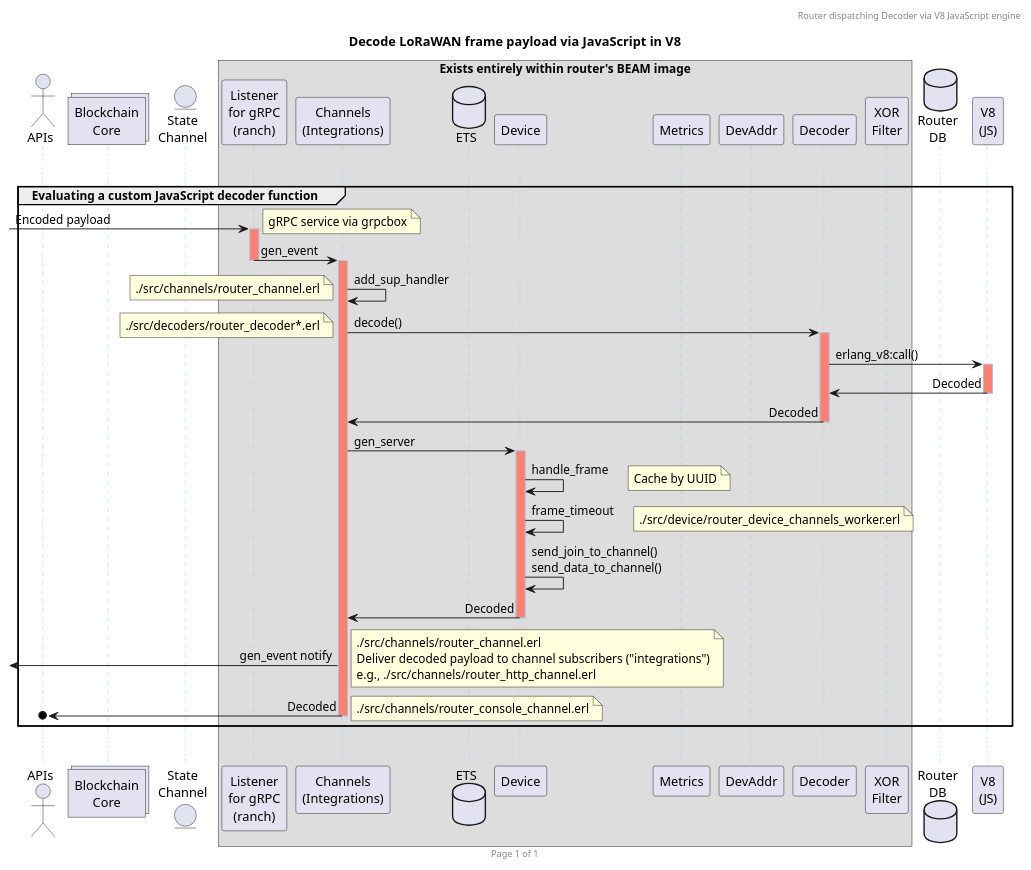
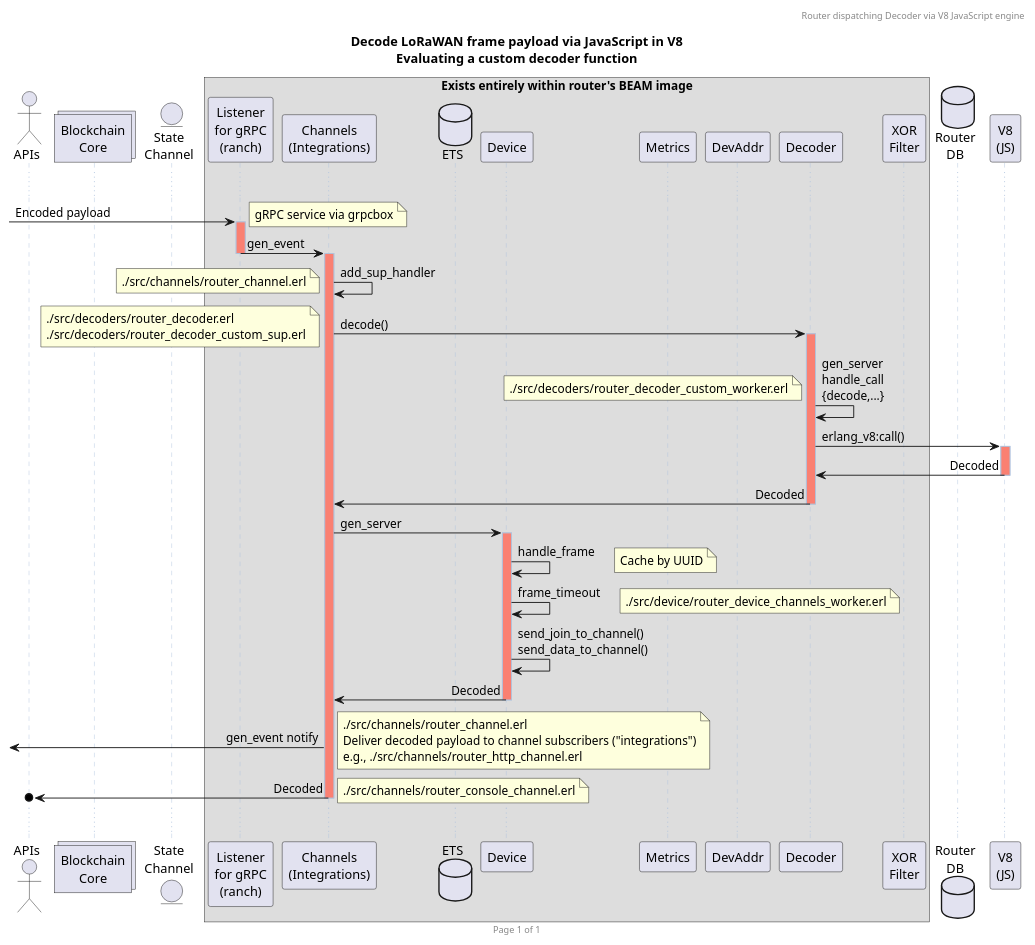
One commit to helium/router changed the diagram in docs/decoder.plantuml. Above: the diagram before and after it, drawn with PlantUML.

Commit message:
Update decoder seq-diag, re: PR#481

```diff
--- a/docs/decoder.plantuml
+++ b/docs/decoder.plantuml
@@ -4,69 +4,76 @@
 @startuml
 
 header Router dispatching Decoder via V8 JavaScript engine
 footer Page %page% of %lastpage%
 
 ' Preserve same sequence across all diagrams:
 ' (intentionally omitted: Lager)
 actor        APIs                           as api      order 1
 collections  "Blockchain\nCore"             as core     order 10
 entity       "State\nChannel"               as sc       order 20
 box "Exists entirely within router's BEAM image"
 participant  "Listener\nfor gRPC\n(ranch)"  as listener order 30
 participant  "Channels\n(Integrations)"     as channels order 40
 'control      "Router\ninit()"               as init     order 50
 database     ETS                            as ets      order 51
 participant  Device                         as device   order 60
 participant  Metrics                        as metrics  order 70
 participant  DevAddr                        as devaddr  order 80
 participant  Decoder                        as decoder  order 90
 participant  "XOR\nFilter"                  as xor      order 99
 end box
 database     "Router\nDB"                   as db       order 100
 participant  "V8\n(JS)"                     as v8       order 200
 
-title Decode LoRaWAN frame payload via JavaScript in V8
+title
+        Decode LoRaWAN frame payload via JavaScript in V8
+        Evaluating a custom decoder function
+end title
 
 skinparam sequence {
         LifeLineBorderColor #LightSteelBlue
         LifeLineBackgroundColor #Salmon
         MessageAlign direction
 }
 
 ...
 
-group Evaluating a custom JavaScript decoder function
-        [-> listener ++: Encoded payload
-        note right: gRPC service via grpcbox
-        listener -> channels --++ : gen_event
-        channels -> channels : add_sup_handler
-        note left: ./src/channels/router_channel.erl
+[-> listener ++: Encoded payload
+note right: gRPC service via grpcbox
+listener -> channels --++ : gen_event
+channels -> channels : add_sup_handler
+note left: ./src/channels/router_channel.erl
 
-        channels -> decoder ++ : decode()
-        note left: ./src/decoders/router_decoder*.erl
-        decoder -> v8 ++ : erlang_v8:call()
-        decoder <- v8 -- : Decoded
-        channels <- decoder -- : Decoded
+channels -> decoder ++ : decode()
+note left
+        ./src/decoders/router_decoder.erl
+        ./src/decoders/router_decoder_custom_sup.erl
+end note
+decoder -> decoder : gen_server\nhandle_call\n{decode,...}
+note left: ./src/decoders/router_decoder_custom_worker.erl
+decoder -> v8 ++ : erlang_v8:call()
+decoder <- v8 -- : Decoded
+channels <- decoder -- : Decoded
 
-        channels -> device ++ : gen_server
-        
-        device -> device : handle_frame
-        note right: Cache by UUID
+channels -> device ++ : gen_server
 
-        device -> device : frame_timeout
-        note right: ./src/device/router_device_channels_worker.erl        
-        device -> device : send_join_to_channel()\nsend_data_to_channel()
-        channels <- device -- : Decoded
-        [<- channels : gen_event notify
-        note right
-                ./src/channels/router_channel.erl
-                Deliver decoded payload to channel subscribers ("integrations")
-                e.g., ./src/channels/router_http_channel.erl
-        end note
+device -> device : handle_frame
+note right: Cache by UUID
 
-        channels ->o api -- : Decoded
-        note right: ./src/channels/router_console_channel.erl
-end
+device -> device : frame_timeout
+note right: ./src/device/router_device_channels_worker.erl
+device -> device : send_join_to_channel()\nsend_data_to_channel()
+channels <- device -- : Decoded
+[<- channels : gen_event notify
+note right
+        ./src/channels/router_channel.erl
+        Deliver decoded payload to channel subscribers ("integrations")
+        e.g., ./src/channels/router_http_channel.erl
+end note
+
+channels ->o api -- : Decoded
+note right: ./src/channels/router_console_channel.erl
+
 ...
 
 @enduml
```
